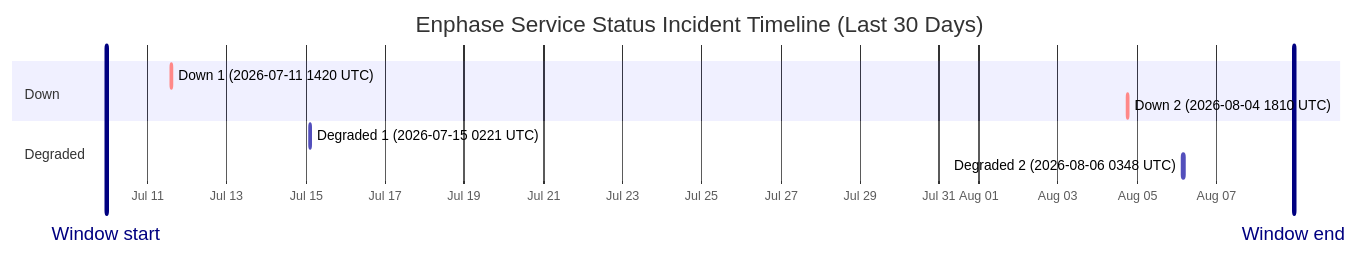
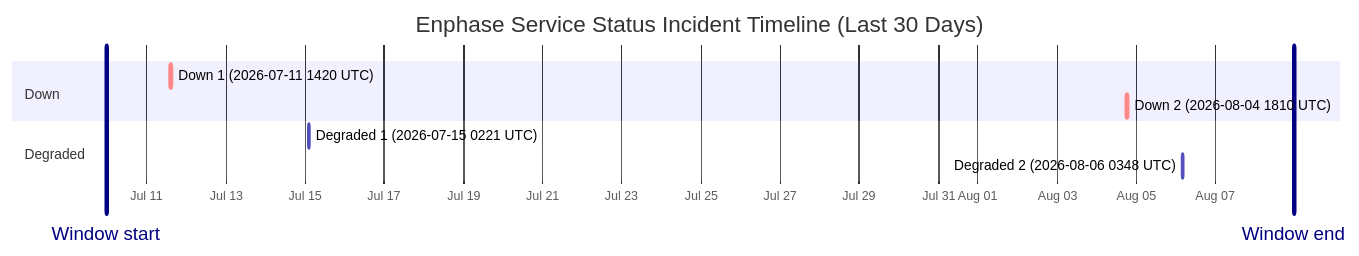
One commit to barneyonline/ha-enphase-energy changed the diagram in wiki/Service-Status-History.md. Above: the diagram before and after it, drawn with Mermaid. The commit also changed other lines of this file and 3 other files, not shown here.

````diff
--- a/wiki/Service-Status-History.md
+++ b/wiki/Service-Status-History.md
@@ -14,14 +14,14 @@
 ```mermaid
 gantt
     title Enphase Service Status Incident Timeline (Last 30 Days)
     dateFormat  YYYY-MM-DDTHH:mm:ss
     axisFormat  %b %d
-    Window start :vert, window-start, 2026-07-09T22:58:08, 0ms
-    Window end :vert, window-end, 2026-08-08T22:58:08, 0ms
+    Window start :vert, window-start, 2026-07-09T23:34:57, 0ms
+    Window end :vert, window-end, 2026-08-08T23:34:57, 0ms
     section Down
     Down 1 (2026-07-11 1420 UTC) :crit, down-1, 2026-07-11T14:20:54, 69m
     Down 2 (2026-08-04 1810 UTC) :crit, down-2, 2026-08-04T18:10:46, 60m
     section Degraded
     Degraded 1 (2026-07-15 0221 UTC) :active, degraded-1, 2026-07-15T02:21:35, 60m
     Degraded 2 (2026-08-06 0348 UTC) :active, degraded-2, 2026-08-06T03:48:14, 60m
 ```
````
